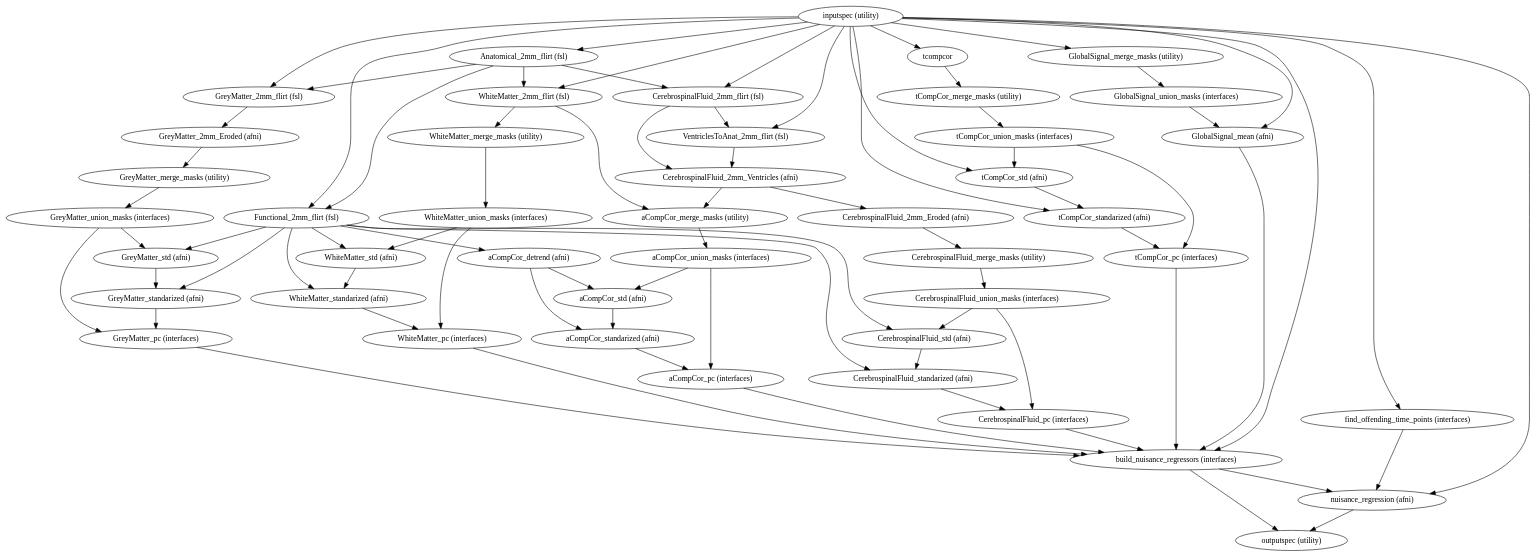
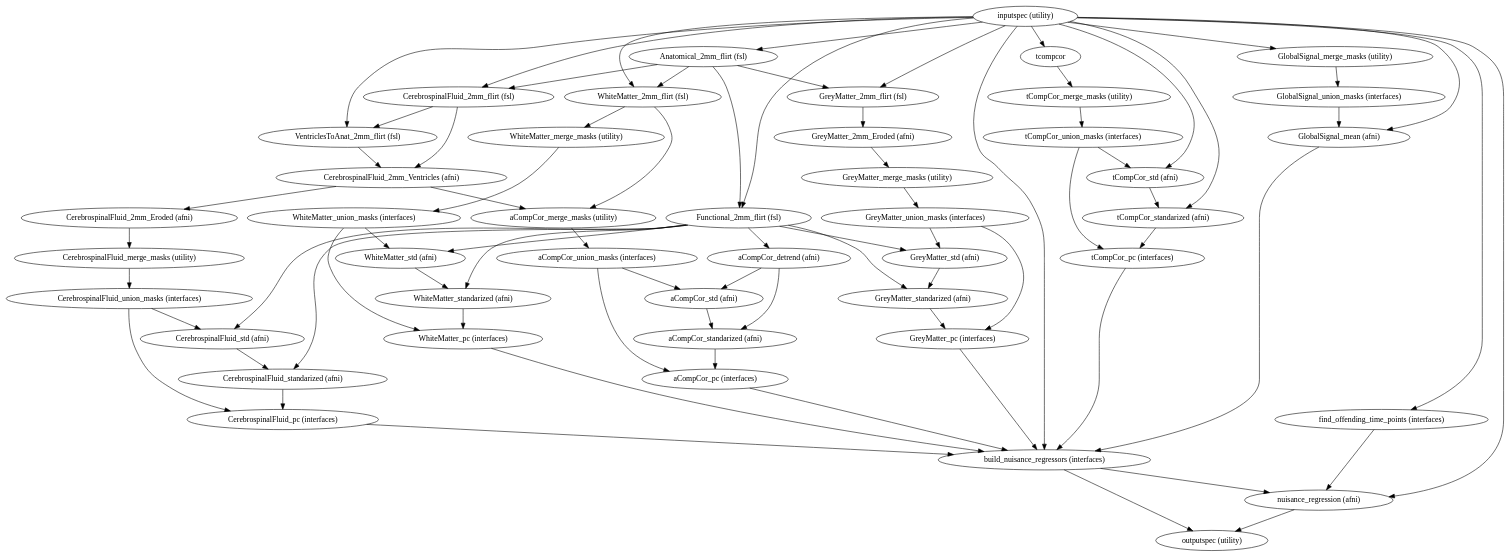
Before and after one commit to FCP-INDI/fcp-indi.github.io: the diagram in docs/developer/workflows/images/generated/nuisance.dot, drawn with Graphviz. The commit also changed other lines of this file and 44 other files, not shown here.

```diff
--- a/docs/developer/workflows/images/generated/nuisance.dot
+++ b/docs/developer/workflows/images/generated/nuisance.dot
@@ -1,121 +1,121 @@
 strict digraph "" {
 "GlobalSignal_union_masks (interfaces)";
 "tCompCor_merge_masks (utility)";
 "CerebrospinalFluid_pc (interfaces)";
 "CerebrospinalFluid_2mm_Eroded (afni)";
 "Anatomical_2mm_flirt (fsl)";
 "inputspec (utility)";
 "GreyMatter_standarized (afni)";
 "aCompCor_detrend (afni)";
 "aCompCor_union_masks (interfaces)";
 "tCompCor_std (afni)";
 "GreyMatter_pc (interfaces)";
+"GreyMatter_union_masks (interfaces)";
 "WhiteMatter_standarized (afni)";
-"find_offending_time_points (interfaces)";
 "CerebrospinalFluid_std (afni)";
 "WhiteMatter_pc (interfaces)";
 "CerebrospinalFluid_union_masks (interfaces)";
 "aCompCor_merge_masks (utility)";
 "GreyMatter_2mm_flirt (fsl)";
 "GlobalSignal_mean (afni)";
 tcompcor;
 "GreyMatter_2mm_Eroded (afni)";
 "CerebrospinalFluid_2mm_flirt (fsl)";
 "aCompCor_pc (interfaces)";
-"GreyMatter_union_masks (interfaces)";
+"WhiteMatter_2mm_flirt (fsl)";
 "tCompCor_standarized (afni)";
 "CerebrospinalFluid_merge_masks (utility)";
 "CerebrospinalFluid_standarized (afni)";
 "tCompCor_union_masks (interfaces)";
 "GreyMatter_std (afni)";
 "VentriclesToAnat_2mm_flirt (fsl)";
 "aCompCor_std (afni)";
 "WhiteMatter_merge_masks (utility)";
-"aCompCor_standarized (afni)";
+"find_offending_time_points (interfaces)";
 "GlobalSignal_merge_masks (utility)";
 "nuisance_regression (afni)";
 "GreyMatter_merge_masks (utility)";
 "CerebrospinalFluid_2mm_Ventricles (afni)";
 "build_nuisance_regressors (interfaces)";
 "outputspec (utility)";
 "WhiteMatter_union_masks (interfaces)";
 "WhiteMatter_std (afni)";
 "Functional_2mm_flirt (fsl)";
 "tCompCor_pc (interfaces)";
-"WhiteMatter_2mm_flirt (fsl)";
+"aCompCor_standarized (afni)";
 "GlobalSignal_union_masks (interfaces)" -> "GlobalSignal_mean (afni)";
 "tCompCor_merge_masks (utility)" -> "tCompCor_union_masks (interfaces)";
 "CerebrospinalFluid_pc (interfaces)" -> "build_nuisance_regressors (interfaces)";
 "CerebrospinalFluid_2mm_Eroded (afni)" -> "CerebrospinalFluid_merge_masks (utility)";
 "Anatomical_2mm_flirt (fsl)" -> "Functional_2mm_flirt (fsl)";
 "Anatomical_2mm_flirt (fsl)" -> "CerebrospinalFluid_2mm_flirt (fsl)";
 "Anatomical_2mm_flirt (fsl)" -> "GreyMatter_2mm_flirt (fsl)";
 "Anatomical_2mm_flirt (fsl)" -> "WhiteMatter_2mm_flirt (fsl)";
 "inputspec (utility)" -> "nuisance_regression (afni)";
 "inputspec (utility)" -> "GlobalSignal_merge_masks (utility)";
 "inputspec (utility)" -> "WhiteMatter_2mm_flirt (fsl)";
 "inputspec (utility)" -> "tCompCor_standarized (afni)";
-"inputspec (utility)" -> tcompcor;
+"inputspec (utility)" -> "VentriclesToAnat_2mm_flirt (fsl)";
 "inputspec (utility)" -> "Anatomical_2mm_flirt (fsl)";
 "inputspec (utility)" -> "Functional_2mm_flirt (fsl)";
 "inputspec (utility)" -> "GreyMatter_2mm_flirt (fsl)";
 "inputspec (utility)" -> "GlobalSignal_mean (afni)";
-"inputspec (utility)" -> "VentriclesToAnat_2mm_flirt (fsl)";
+"inputspec (utility)" -> tcompcor;
 "inputspec (utility)" -> "CerebrospinalFluid_2mm_flirt (fsl)";
 "inputspec (utility)" -> "build_nuisance_regressors (interfaces)";
 "inputspec (utility)" -> "find_offending_time_points (interfaces)";
 "inputspec (utility)" -> "tCompCor_std (afni)";
 "GreyMatter_standarized (afni)" -> "GreyMatter_pc (interfaces)";
 "aCompCor_detrend (afni)" -> "aCompCor_std (afni)";
 "aCompCor_detrend (afni)" -> "aCompCor_standarized (afni)";
 "aCompCor_union_masks (interfaces)" -> "aCompCor_std (afni)";
 "aCompCor_union_masks (interfaces)" -> "aCompCor_pc (interfaces)";
 "tCompCor_std (afni)" -> "tCompCor_standarized (afni)";
 "GreyMatter_pc (interfaces)" -> "build_nuisance_regressors (interfaces)";
+"GreyMatter_union_masks (interfaces)" -> "GreyMatter_pc (interfaces)";
+"GreyMatter_union_masks (interfaces)" -> "GreyMatter_std (afni)";
 "WhiteMatter_standarized (afni)" -> "WhiteMatter_pc (interfaces)";
-"find_offending_time_points (interfaces)" -> "nuisance_regression (afni)";
 "CerebrospinalFluid_std (afni)" -> "CerebrospinalFluid_standarized (afni)";
 "WhiteMatter_pc (interfaces)" -> "build_nuisance_regressors (interfaces)";
 "CerebrospinalFluid_union_masks (interfaces)" -> "CerebrospinalFluid_pc (interfaces)";
 "CerebrospinalFluid_union_masks (interfaces)" -> "CerebrospinalFluid_std (afni)";
 "aCompCor_merge_masks (utility)" -> "aCompCor_union_masks (interfaces)";
 "GreyMatter_2mm_flirt (fsl)" -> "GreyMatter_2mm_Eroded (afni)";
 "GlobalSignal_mean (afni)" -> "build_nuisance_regressors (interfaces)";
 tcompcor -> "tCompCor_merge_masks (utility)";
 "GreyMatter_2mm_Eroded (afni)" -> "GreyMatter_merge_masks (utility)";
 "CerebrospinalFluid_2mm_flirt (fsl)" -> "CerebrospinalFluid_2mm_Ventricles (afni)";
 "CerebrospinalFluid_2mm_flirt (fsl)" -> "VentriclesToAnat_2mm_flirt (fsl)";
 "aCompCor_pc (interfaces)" -> "build_nuisance_regressors (interfaces)";
-"GreyMatter_union_masks (interfaces)" -> "GreyMatter_pc (interfaces)";
-"GreyMatter_union_masks (interfaces)" -> "GreyMatter_std (afni)";
+"WhiteMatter_2mm_flirt (fsl)" -> "WhiteMatter_merge_masks (utility)";
+"WhiteMatter_2mm_flirt (fsl)" -> "aCompCor_merge_masks (utility)";
 "tCompCor_standarized (afni)" -> "tCompCor_pc (interfaces)";
 "CerebrospinalFluid_merge_masks (utility)" -> "CerebrospinalFluid_union_masks (interfaces)";
 "CerebrospinalFluid_standarized (afni)" -> "CerebrospinalFluid_pc (interfaces)";
 "tCompCor_union_masks (interfaces)" -> "tCompCor_pc (interfaces)";
 "tCompCor_union_masks (interfaces)" -> "tCompCor_std (afni)";
 "GreyMatter_std (afni)" -> "GreyMatter_standarized (afni)";
 "VentriclesToAnat_2mm_flirt (fsl)" -> "CerebrospinalFluid_2mm_Ventricles (afni)";
 "aCompCor_std (afni)" -> "aCompCor_standarized (afni)";
 "WhiteMatter_merge_masks (utility)" -> "WhiteMatter_union_masks (interfaces)";
-"aCompCor_standarized (afni)" -> "aCompCor_pc (interfaces)";
+"find_offending_time_points (interfaces)" -> "nuisance_regression (afni)";
 "GlobalSignal_merge_masks (utility)" -> "GlobalSignal_union_masks (interfaces)";
 "nuisance_regression (afni)" -> "outputspec (utility)";
 "GreyMatter_merge_masks (utility)" -> "GreyMatter_union_masks (interfaces)";
 "CerebrospinalFluid_2mm_Ventricles (afni)" -> "aCompCor_merge_masks (utility)";
 "CerebrospinalFluid_2mm_Ventricles (afni)" -> "CerebrospinalFluid_2mm_Eroded (afni)";
 "build_nuisance_regressors (interfaces)" -> "nuisance_regression (afni)";
 "build_nuisance_regressors (interfaces)" -> "outputspec (utility)";
 "WhiteMatter_union_masks (interfaces)" -> "WhiteMatter_pc (interfaces)";
 "WhiteMatter_union_masks (interfaces)" -> "WhiteMatter_std (afni)";
 "WhiteMatter_std (afni)" -> "WhiteMatter_standarized (afni)";
-"Functional_2mm_flirt (fsl)" -> "GreyMatter_standarized (afni)";
+"Functional_2mm_flirt (fsl)" -> "GreyMatter_std (afni)";
 "Functional_2mm_flirt (fsl)" -> "WhiteMatter_standarized (afni)";
 "Functional_2mm_flirt (fsl)" -> "CerebrospinalFluid_std (afni)";
 "Functional_2mm_flirt (fsl)" -> "WhiteMatter_std (afni)";
 "Functional_2mm_flirt (fsl)" -> "CerebrospinalFluid_standarized (afni)";
-"Functional_2mm_flirt (fsl)" -> "GreyMatter_std (afni)";
+"Functional_2mm_flirt (fsl)" -> "GreyMatter_standarized (afni)";
 "Functional_2mm_flirt (fsl)" -> "aCompCor_detrend (afni)";
 "tCompCor_pc (interfaces)" -> "build_nuisance_regressors (interfaces)";
-"WhiteMatter_2mm_flirt (fsl)" -> "WhiteMatter_merge_masks (utility)";
-"WhiteMatter_2mm_flirt (fsl)" -> "aCompCor_merge_masks (utility)";
+"aCompCor_standarized (afni)" -> "aCompCor_pc (interfaces)";
 }
```
